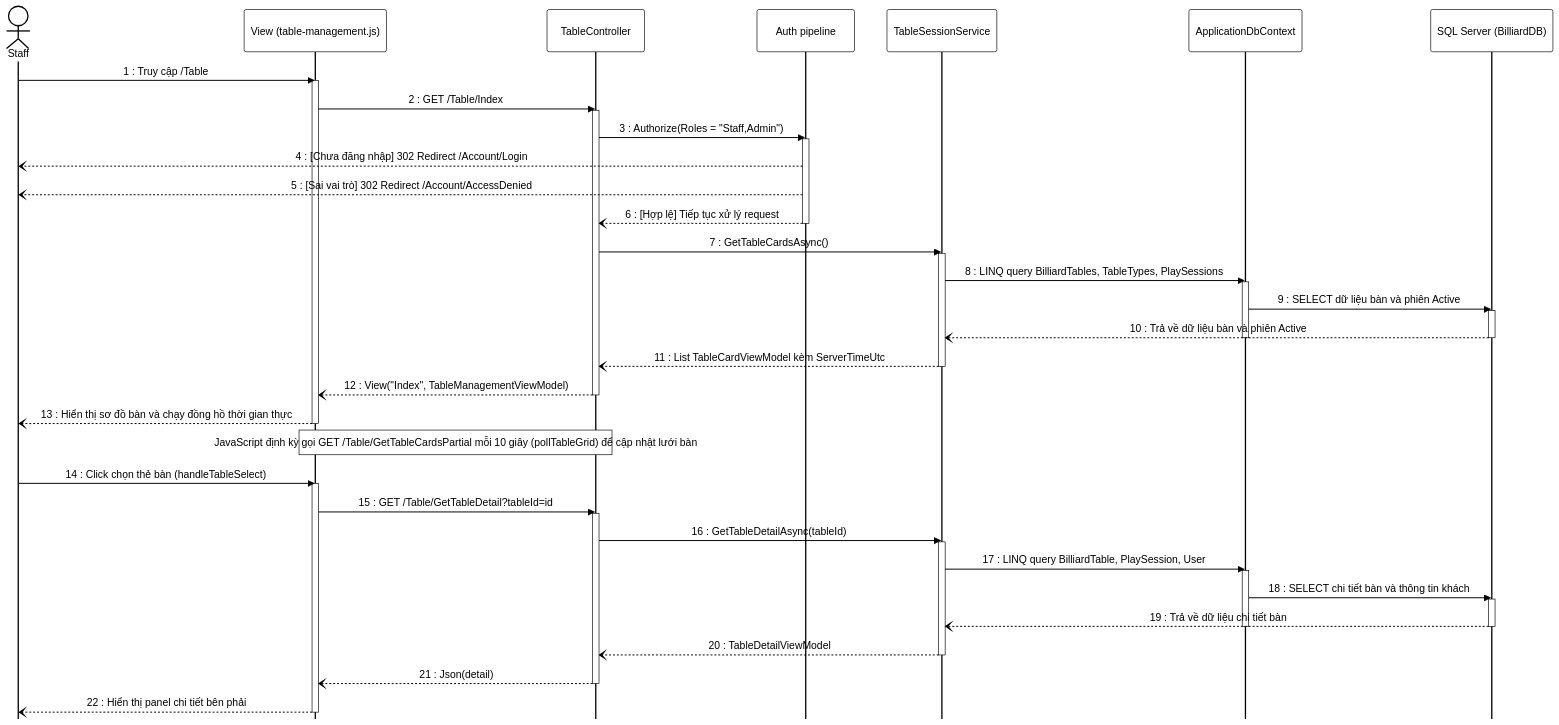
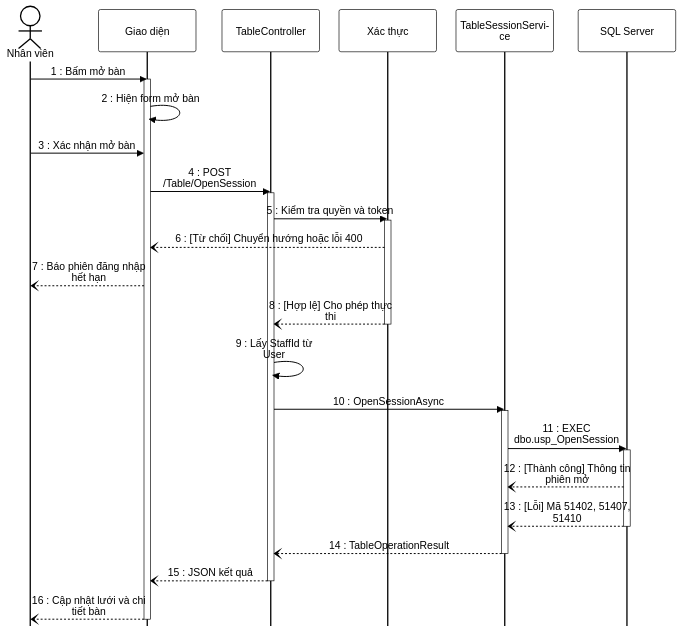
The fifth of 7 diagrams in docs/sds-doan/SDS_DOAN.md (HE176671/billiard-management-system), drawn with Mermaid before and after one commit. The commit also changed other lines of this file and 25 other files, not shown here.

Commit message:
modify model, service,  entities

````diff
--- a/docs/sds-doan/SDS_DOAN.md
+++ b/docs/sds-doan/SDS_DOAN.md
@@ -553,89 +528,37 @@
 ```mermaid
-%%{init: {
-  'theme': 'base',
-  'themeVariables': {
-    'primaryColor': '#ffffff',
-    'primaryTextColor': '#000000',
-    'primaryBorderColor': '#000000',
-    'lineColor': '#000000',
-    'textColor': '#000000',
-    'actorBkg': '#ffffff',
-    'actorBorder': '#000000',
-    'actorTextColor': '#000000',
-    'actorLineColor': '#000000',
-    'signalColor': '#000000',
-    'signalTextColor': '#000000',
-    'labelBoxBkgColor': '#ffffff',
-    'labelBoxBorderColor': '#000000',
-    'labelTextColor': '#000000',
-    'noteBkgColor': '#ffffff',
-    'noteBorderColor': '#000000',
-    'noteTextColor': '#000000',
-    'activationBkgColor': '#ffffff',
-    'activationBorderColor': '#000000',
-    'fontFamily': 'Arial'
-  },
-  'sequence': {
-    'mirrorActors': false,
-    'showSequenceNumbers': false,
-    'actorMargin': 50,
-    'messageMargin': 35
-  }
-}}%%
+%%{init: {'theme': 'base', 'themeVariables': {'primaryColor': '#ffffff', 'primaryTextColor': '#000000', 'primaryBorderColor': '#000000', 'lineColor': '#000000', 'textColor': '#000000', 'actorBkg': '#ffffff', 'actorBorder': '#000000', 'actorTextColor': '#000000', 'actorLineColor': '#000000', 'signalColor': '#000000', 'signalTextColor': '#000000', 'labelBoxBkgColor': '#ffffff', 'labelBoxBorderColor': '#000000', 'labelTextColor': '#000000', 'noteBkgColor': '#ffffff', 'noteBorderColor': '#000000', 'noteTextColor': '#000000', 'activationBkgColor': '#ffffff', 'activationBorderColor': '#000000', 'fontFamily': 'Arial'}, 'sequence': {'mirrorActors': false, 'showSequenceNumbers': false, 'wrap': true, 'width': 150, 'actorMargin': 30, 'messageMargin': 30, 'noteMargin': 10, 'boxMargin': 8, 'actorFontSize': 16, 'messageFontSize': 16, 'noteFontSize': 14}}}%%
 sequenceDiagram
-    actor Staff as Staff
-    participant View as View (table-management.js)
-    participant TableController as TableController
-    participant Auth as Auth pipeline
-    participant TableSessionService as TableSessionService
-    participant ApplicationDbContext as ApplicationDbContext
-    participant DB as SQL Server (BilliardDB)
+    actor NV as Nhân viên
+    participant GD as Giao diện
+    participant CT as TableController
+    participant XT as Xác thực
+    participant SV as TableSessionService
+    participant SQL as SQL Server
 
-    Staff->>View: 1 : Truy cập /Table
-    activate View
-    View->>TableController: 2 : GET /Table/Index
-    activate TableController
-    TableController->>Auth: 3 : Authorize(Roles = "Staff,Admin")
-    activate Auth
-    Auth--)Staff: 4 : [Chưa đăng nhập] 302 Redirect /Account/Login
-    Auth--)Staff: 5 : [Sai vai trò] 302 Redirect /Account/AccessDenied
-    Auth--)TableController: 6 : [Hợp lệ] Tiếp tục xử lý request
-    deactivate Auth
-    TableController->>TableSessionService: 7 : GetTableCardsAsync()
-    activate TableSessionService
-    TableSessionService->>ApplicationDbContext: 8 : LINQ query BilliardTables, TableTypes, PlaySessions
-    activate ApplicationDbContext
-    ApplicationDbContext->>DB: 9 : SELECT dữ liệu bàn và phiên Active
-    activate DB
-    DB--)TableSessionService: 10 : Trả về dữ liệu bàn và phiên Active
-    deactivate DB
-    deactivate ApplicationDbContext
-    TableSessionService--)TableController: 11 : List TableCardViewModel kèm ServerTimeUtc
-    deactivate TableSessionService
-    TableController--)View: 12 : View("Index", TableManagementViewModel)
-    deactivate TableController
-    View--)Staff: 13 : Hiển thị sơ đồ bàn và chạy đồng hồ thời gian thực
-    deactivate View
-
-    Note over View,TableController: JavaScript định kỳ gọi GET /Table/GetTableCardsPartial mỗi 10 giây (pollTableGrid) để cập nhật lưới bàn
-
-    Staff->>View: 14 : Click chọn thẻ bàn (handleTableSelect)
-    activate View
-    View->>TableController: 15 : GET /Table/GetTableDetail?tableId=id
-    activate TableController
-    TableController->>TableSessionService: 16 : GetTableDetailAsync(tableId)
-    activate TableSessionService
-    TableSessionService->>ApplicationDbContext: 17 : LINQ query BilliardTable, PlaySession, User
-    activate ApplicationDbContext
-    ApplicationDbContext->>DB: 18 : SELECT chi tiết bàn và thông tin khách
-    activate DB
-    DB--)TableSessionService: 19 : Trả về dữ liệu chi tiết bàn
-    deactivate DB
-    deactivate ApplicationDbContext
-    TableSessionService--)TableController: 20 : TableDetailViewModel
-    deactivate TableSessionService
-    TableController--)View: 21 : Json(detail)
-    deactivate TableController
-    View--)Staff: 22 : Hiển thị panel chi tiết bên phải
-    deactivate View
+    NV->>GD: 1 : Bấm mở bàn
+    activate GD
+    GD->>GD: 2 : Hiện form mở bàn
+    NV->>GD: 3 : Xác nhận mở bàn
+    GD->>CT: 4 : POST /Table/OpenSession
+    activate CT
+    CT->>XT: 5 : Kiểm tra quyền và token
+    activate XT
+    XT--)GD: 6 : [Từ chối] Chuyển hướng hoặc lỗi 400
+    GD--)NV: 7 : Báo phiên đăng nhập hết hạn
+    XT--)CT: 8 : [Hợp lệ] Cho phép thực thi
+    deactivate XT
+    CT->>CT: 9 : Lấy StaffId từ User
+    CT->>SV: 10 : OpenSessionAsync
+    activate SV
+    SV->>SQL: 11 : EXEC dbo.usp_OpenSession
+    activate SQL
+    SQL--)SV: 12 : [Thành công] Thông tin phiên mở
+    SQL--)SV: 13 : [Lỗi] Mã 51402, 51407, 51410
+    deactivate SQL
+    SV--)CT: 14 : TableOperationResult
+    deactivate SV
+    CT--)GD: 15 : JSON kết quả
+    deactivate CT
+    GD--)NV: 16 : Cập nhật lưới và chi tiết bàn
+    deactivate GD
 ```
````
